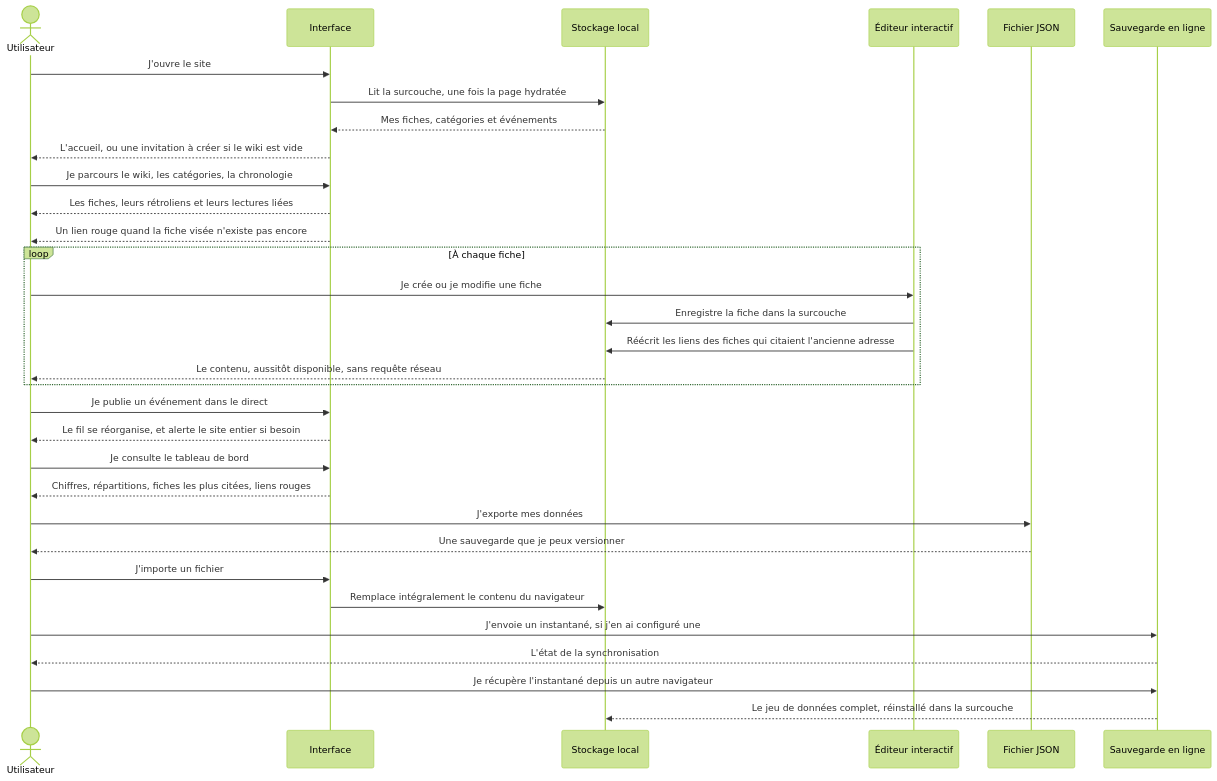
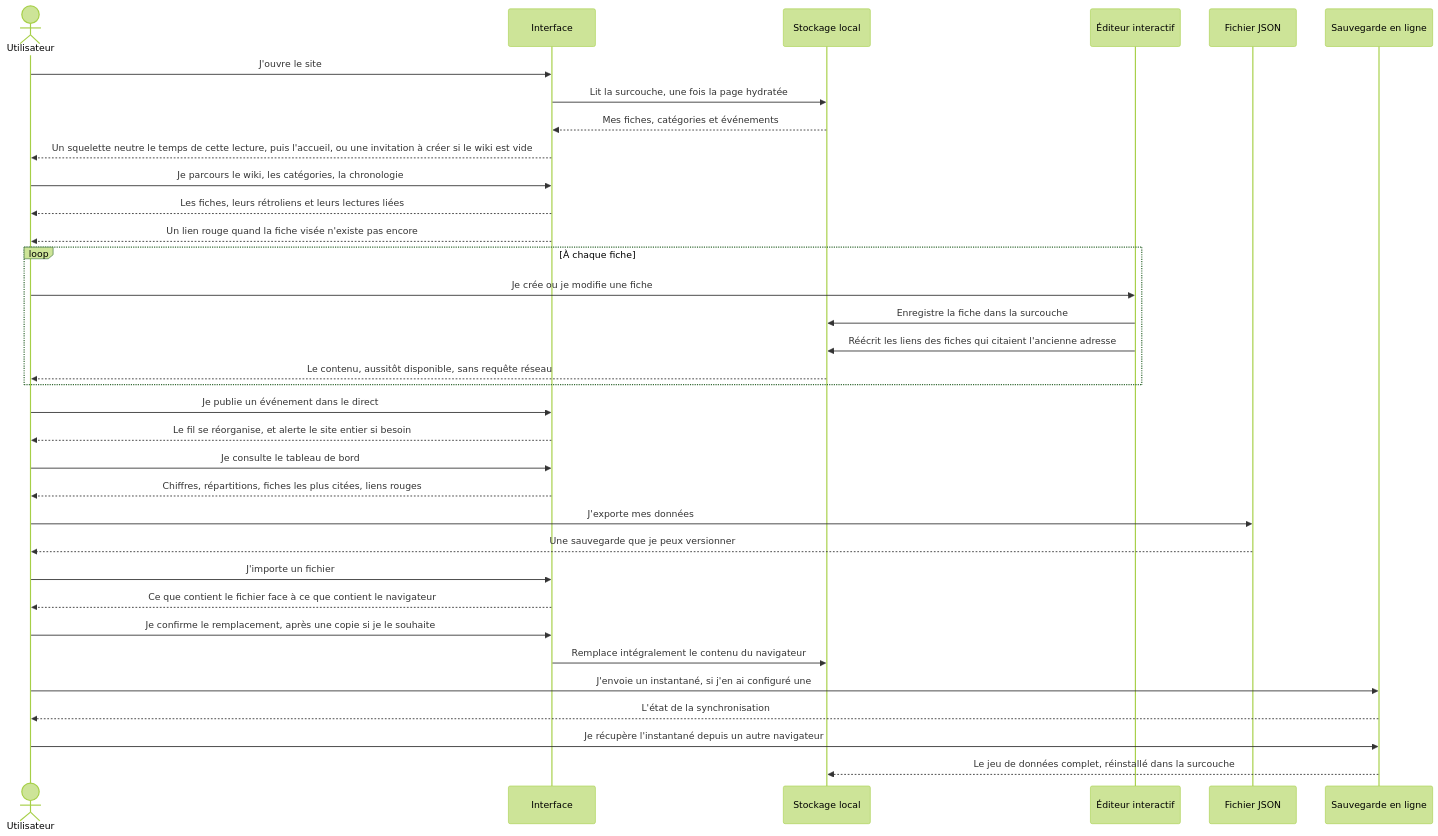
Before and after one commit to FlorianLeChat/Pericles-Initiative: the first of 2 diagrams in README.md, drawn with Mermaid (forest theme). The commit also changed other lines of this file and 103 other files, not shown here.

````diff
--- a/README.md
+++ b/README.md
@@ -37,41 +37,43 @@
 ```mermaid
 sequenceDiagram
     actor Utilisateur
     participant Interface
     participant Stockage local
     participant Éditeur interactif
     participant Fichier JSON
     participant Sauvegarde en ligne
 
     Utilisateur->>Interface: J'ouvre le site
     Interface->>Stockage local: Lit la surcouche, une fois la page hydratée
     Stockage local-->>Interface: Mes fiches, catégories et événements
-    Interface-->>Utilisateur: L'accueil, ou une invitation à créer si le wiki est vide
+    Interface-->>Utilisateur: Un squelette neutre le temps de cette lecture, puis l'accueil, ou une invitation à créer si le wiki est vide
 
     Utilisateur->>Interface: Je parcours le wiki, les catégories, la chronologie
     Interface-->>Utilisateur: Les fiches, leurs rétroliens et leurs lectures liées
     Interface-->>Utilisateur: Un lien rouge quand la fiche visée n'existe pas encore
 
     loop À chaque fiche
         Utilisateur->>Éditeur interactif: Je crée ou je modifie une fiche
         Éditeur interactif->>Stockage local: Enregistre la fiche dans la surcouche
         Éditeur interactif->>Stockage local: Réécrit les liens des fiches qui citaient l'ancienne adresse
         Stockage local-->>Utilisateur: Le contenu, aussitôt disponible, sans requête réseau
     end
 
     Utilisateur->>Interface: Je publie un événement dans le direct
     Interface-->>Utilisateur: Le fil se réorganise, et alerte le site entier si besoin
 
     Utilisateur->>Interface: Je consulte le tableau de bord
     Interface-->>Utilisateur: Chiffres, répartitions, fiches les plus citées, liens rouges
 
     Utilisateur->>Fichier JSON: J'exporte mes données
     Fichier JSON-->>Utilisateur: Une sauvegarde que je peux versionner
     Utilisateur->>Interface: J'importe un fichier
+    Interface-->>Utilisateur: Ce que contient le fichier face à ce que contient le navigateur
+    Utilisateur->>Interface: Je confirme le remplacement, après une copie si je le souhaite
     Interface->>Stockage local: Remplace intégralement le contenu du navigateur
 
     Utilisateur->>Sauvegarde en ligne: J'envoie un instantané, si j'en ai configuré une
     Sauvegarde en ligne-->>Utilisateur: L'état de la synchronisation
     Utilisateur->>Sauvegarde en ligne: Je récupère l'instantané depuis un autre navigateur
     Sauvegarde en ligne-->>Stockage local: Le jeu de données complet, réinstallé dans la surcouche
 ```
````
